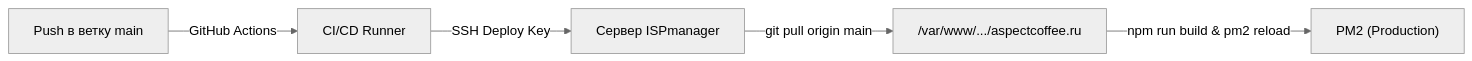
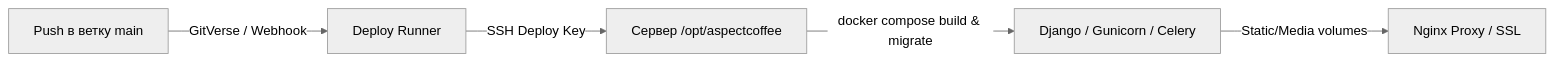
The diagram in docs/07_DEPLOY_TO_NEW_SERVER_ISP.md (Killerka769/AspectCoffee), drawn with Mermaid (neutral theme) before and after one commit. The commit also changed other lines of this file, not shown here.

Commit message:
docs: update 07_DEPLOY_TO_NEW_SERVER_ISP.md to accurately reflect Aspect Coffee Django 5.2 + Docker Compose architecture

````diff
--- a/docs/07_DEPLOY_TO_NEW_SERVER_ISP.md
+++ b/docs/07_DEPLOY_TO_NEW_SERVER_ISP.md
@@ -103,7 +100,7 @@
 ```mermaid
 flowchart LR
-    DEV["Push в ветку main"] -->|"GitHub Actions"| GHA["CI/CD Runner"]
-    GHA -->|"SSH Deploy Key"| SRV["Сервер ISPmanager"]
-    SRV -->|"git pull origin main"| APP["/var/www/.../aspectcoffee.ru"]
-    APP -->|"npm run build & pm2 reload"| PM2["PM2 (Production)"]
+    DEV["Push в ветку main"] -->|"GitVerse / Webhook"| GHA["Deploy Runner"]
+    GHA -->|"SSH Deploy Key"| SRV["Сервер /opt/aspectcoffee"]
+    SRV -->|"docker compose build & migrate"| APP["Django / Gunicorn / Celery"]
+    APP -->|"Static/Media volumes"| NGINX["Nginx Proxy / SSL"]
 ```
````
